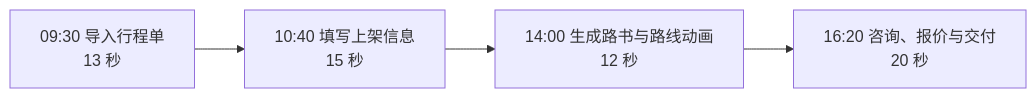
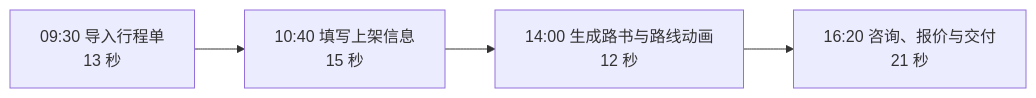
One commit to JohnMaxwell0123/TripCraft changed the fourth of 6 diagrams in docs/SHOWCASE-web-design.md. Above: the diagram before and after it, drawn with Mermaid. The commit also changed other lines of this file and 3 other files, not shown here.

````diff
--- a/docs/SHOWCASE-web-design.md
+++ b/docs/SHOWCASE-web-design.md
@@ -188,4 +222,4 @@
 ```mermaid
 flowchart LR
-    B1["09:30 导入行程单<br/>13 秒"] --> B2["10:40 填写上架信息<br/>15 秒"] --> B3["14:00 生成路书与路线动画<br/>12 秒"] --> B4["16:20 咨询、报价与交付<br/>20 秒"]
+    B1["09:30 导入行程单<br/>13 秒"] --> B2["10:40 填写上架信息<br/>15 秒"] --> B3["14:00 生成路书与路线动画<br/>12 秒"] --> B4["16:20 咨询、报价与交付<br/>21 秒"]
 ```
````
